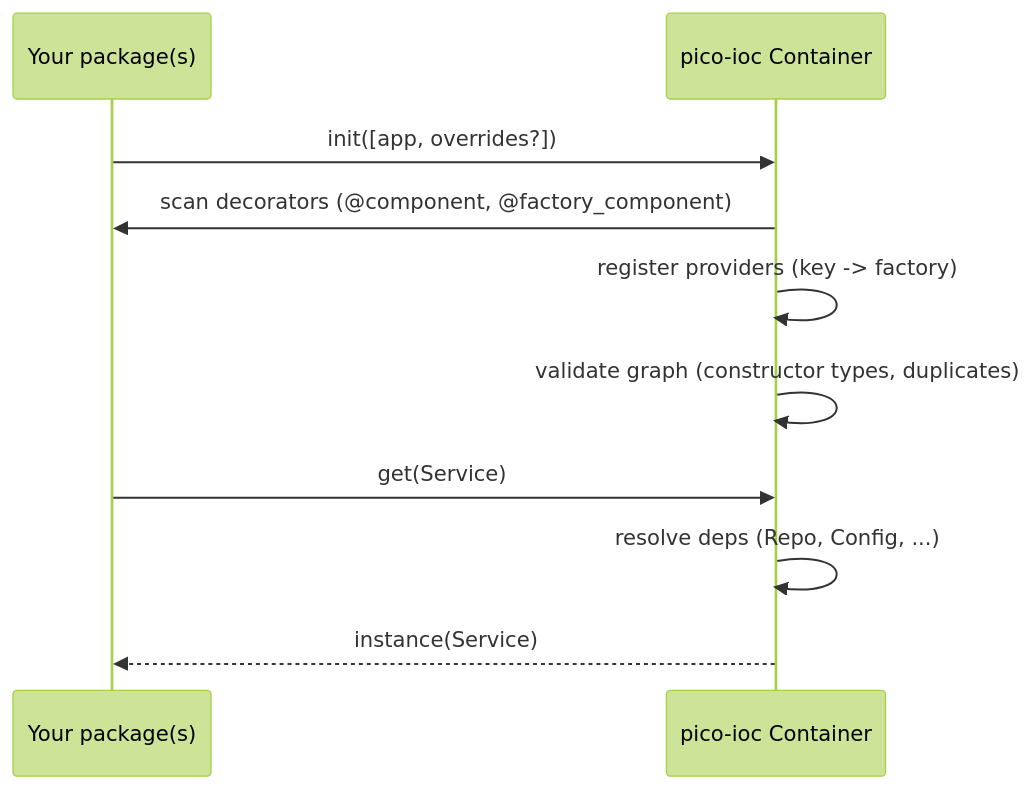
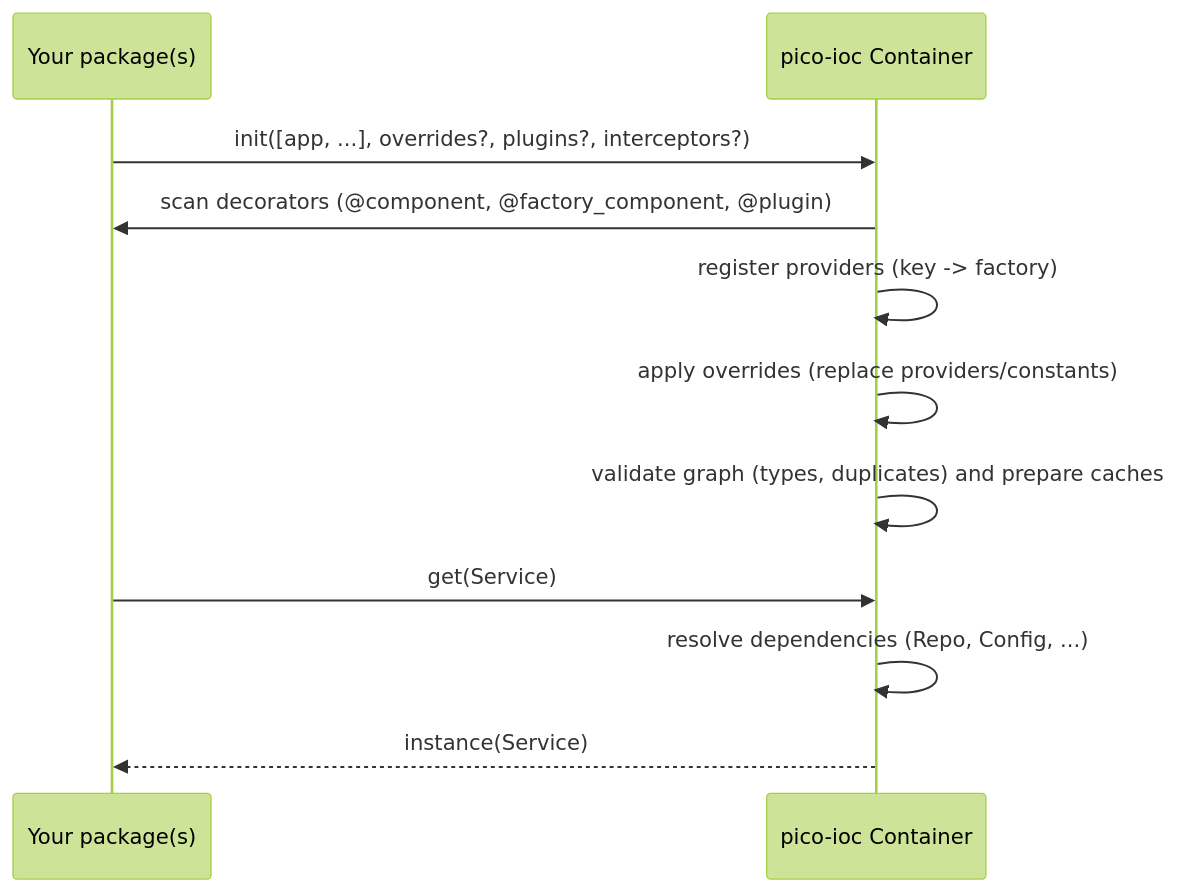
The first of 3 diagrams in .llm/ARCHITECTURE.md (dperezcabrera/pico-ioc), drawn with Mermaid (forest theme) before and after one commit. The commit also changed other lines of this file and 23 other files, not shown here.

`````diff
--- a/.llm/ARCHITECTURE.md
+++ b/.llm/ARCHITECTURE.md
@@ -36,12 +34,13 @@
 ```mermaid
 sequenceDiagram
     participant App as Your package(s)
     participant IOC as pico-ioc Container
-    App->>IOC: init([app, overrides?])
-    IOC->>App: scan decorators (@component, @factory_component)
+    App->>IOC: init([app, ...], overrides?, plugins?, interceptors?)
+    IOC->>App: scan decorators (@component, @factory_component, @plugin)
     IOC->>IOC: register providers (key -> factory)
-    IOC->>IOC: validate graph (constructor types, duplicates)
+    IOC->>IOC: apply overrides (replace providers/constants)
+    IOC->>IOC: validate graph (types, duplicates) and prepare caches
     App->>IOC: get(Service)
-    IOC->>IOC: resolve deps (Repo, Config, ...)
+    IOC->>IOC: resolve dependencies (Repo, Config, ...)
     IOC-->>App: instance(Service)
 ````
`````
